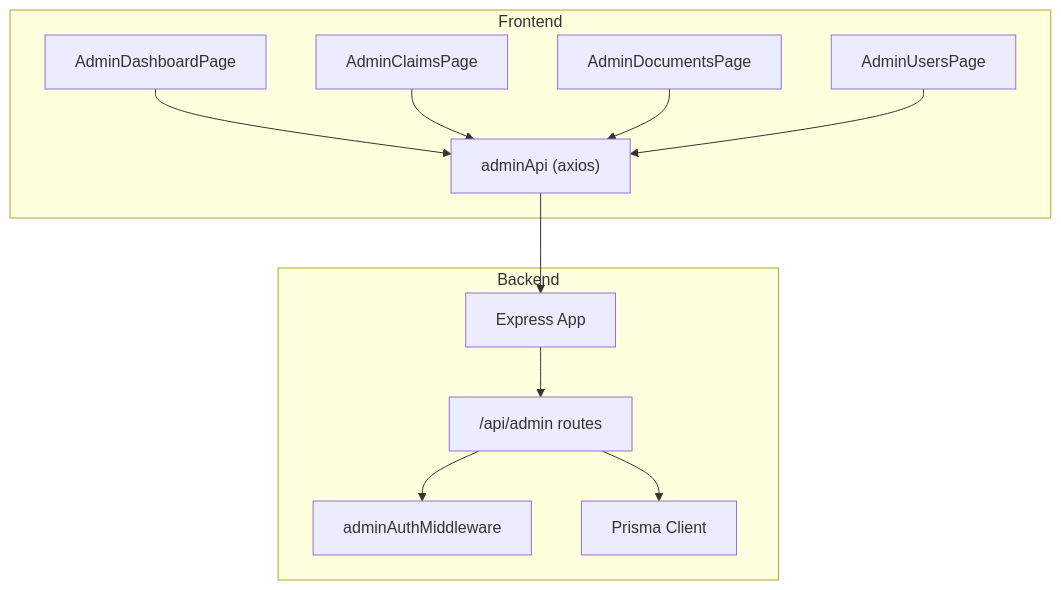
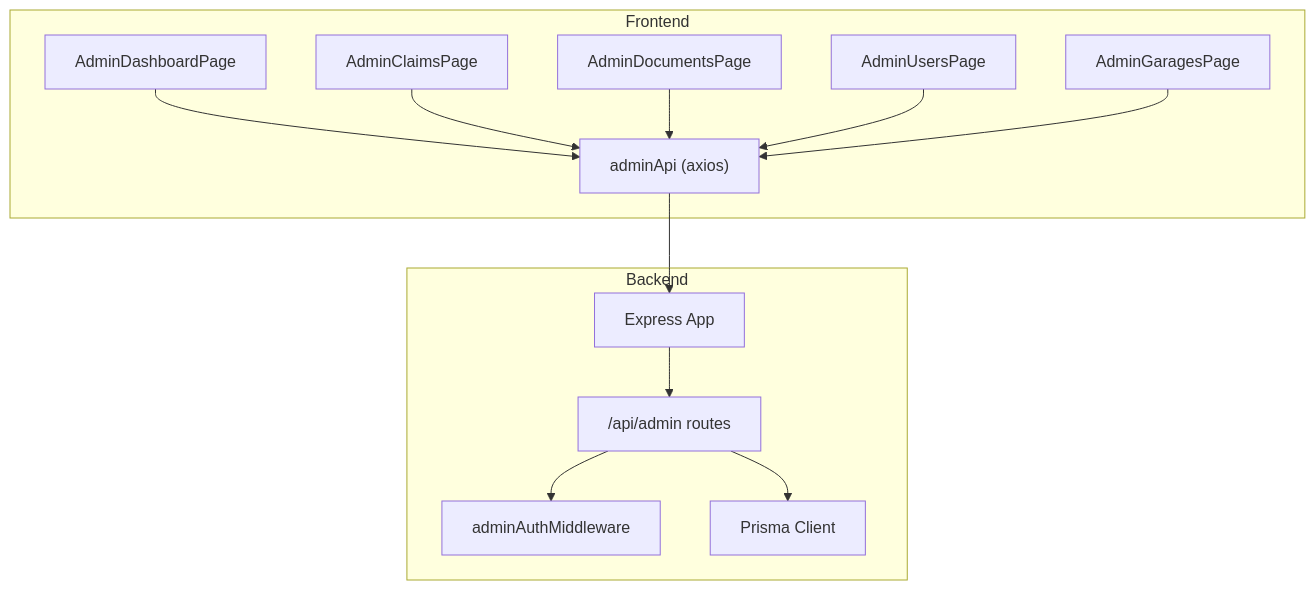
Before and after one commit to NaveenHiranya/Smart-Vehicle-Insurance-Claim-System: the first of 10 diagrams in .qoder/repowiki/en/content/Backend Documentation/API Endpoints Reference/Administrative Endpoints.md, drawn with Mermaid. The commit also changed other lines of this file and 87 other files, not shown here.

````diff
--- a/.qoder/repowiki/en/content/Backend Documentation/API Endpoints Reference/Administrative Endpoints.md
+++ b/.qoder/repowiki/en/content/Backend Documentation/API Endpoints Reference/Administrative Endpoints.md
@@ -34,24 +43,26 @@
 ```mermaid
 graph TB
 subgraph "Frontend"
 ADP["AdminDashboardPage"]
 ACP["AdminClaimsPage"]
 ADocP["AdminDocumentsPage"]
 AUsrP["AdminUsersPage"]
+AGarP["AdminGaragesPage"]
 AdminAPI["adminApi (axios)"]
 end
 subgraph "Backend"
 App["Express App"]
 AdminRoutes["/api/admin routes"]
 AdminAuth["adminAuthMiddleware"]
 Prisma["Prisma Client"]
 end
 ADP --> AdminAPI
 ACP --> AdminAPI
 ADocP --> AdminAPI
 AUsrP --> AdminAPI
+AGarP --> AdminAPI
 AdminAPI --> App
 App --> AdminRoutes
 AdminRoutes --> AdminAuth
 AdminRoutes --> Prisma
 ```
````
